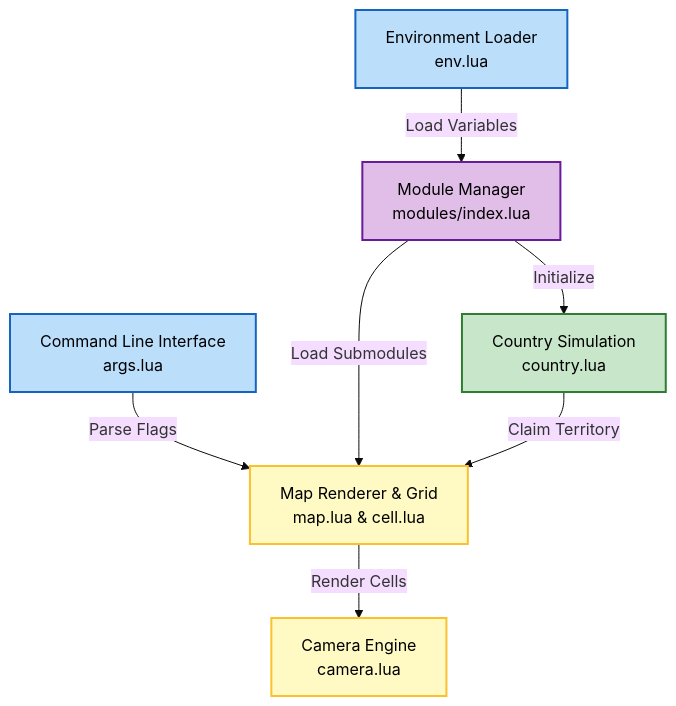
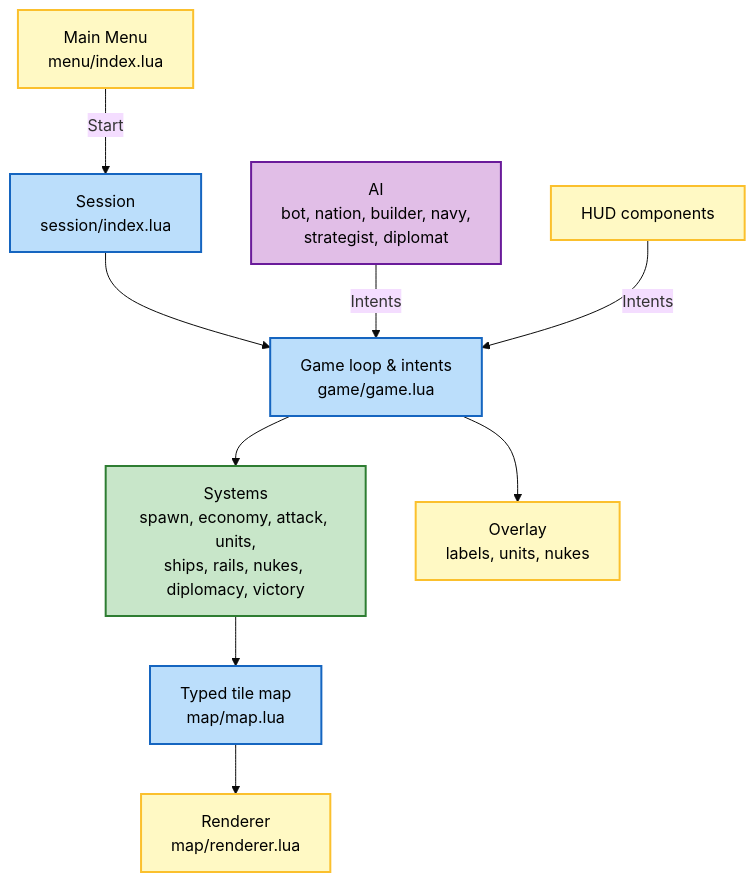
Before and after one commit to 0xS4cha/athena: the diagram in README.md, drawn with Mermaid (base theme). The commit also changed other lines of this file, not shown here.

Commit message:
docs/readme for gameplay, controls and architecture

````diff
--- a/README.md
+++ b/README.md
@@ -16,27 +16,26 @@
 ```mermaid
 graph TD
-    %% Styles
-    classDef config fill:#BBDEFB,stroke:#1565C0,stroke-width:2px,color:black;
-    classDef algo fill:#C8E6C9,stroke:#2E7D32,stroke-width:2px,color:black;
-    classDef graphics fill:#FFF9C4,stroke:#FBC02D,stroke-width:2px,color:black;
-    classDef utils fill:#E1BEE7,stroke:#6A1B9A,stroke-width:2px,color:black;
+    classDef core fill:#BBDEFB,stroke:#1565C0,stroke-width:2px,color:black;
+    classDef sim fill:#C8E6C9,stroke:#2E7D32,stroke-width:2px,color:black;
+    classDef view fill:#FFF9C4,stroke:#FBC02D,stroke-width:2px,color:black;
+    classDef ai fill:#E1BEE7,stroke:#6A1B9A,stroke-width:2px,color:black;
 
-    %% Nodes
-    CLI["Command Line Interface<br/>args.lua"]:::config
-    Env["Environment Loader<br/>env.lua"]:::config
-    Modules["Module Manager<br/>modules/index.lua"]:::utils
-    
-    Map["Map Renderer & Grid<br/>map.lua & cell.lua"]:::graphics
-    Camera["Camera Engine<br/>camera.lua"]:::graphics
-    
-    Country["Country Simulation<br/>country.lua"]:::algo
+    Menu["Main Menu<br/>menu/index.lua"]:::view
+    Session["Session<br/>session/index.lua"]:::core
+    Game["Game loop & intents<br/>game/game.lua"]:::core
+    Map["Typed tile map<br/>map/map.lua"]:::core
+    Systems["Systems<br/>spawn, economy, attack, units,<br/>ships, rails, nukes, diplomacy, victory"]:::sim
+    AI["AI<br/>bot, nation, builder, navy,<br/>strategist, diplomat"]:::ai
+    Renderer["Renderer<br/>map/renderer.lua"]:::view
+    Overlay["Overlay<br/>labels, units, nukes"]:::view
+    Hud["HUD components"]:::view
 
-    %% Connections
-    CLI -->|Parse Flags| Map
-    Env -->|Load Variables| Modules
-    Modules -->|Load Submodules| Map
-    Modules -->|Initialize| Country
-    
-    Map -->|Render Cells| Camera
-    Country -->|Claim Territory| Map
+    Menu -->|Start| Session
+    Session --> Game
+    Game --> Systems
+    Systems --> Map
+    AI -->|Intents| Game
+    Hud -->|Intents| Game
+    Map --> Renderer
+    Game --> Overlay
 ```
````
